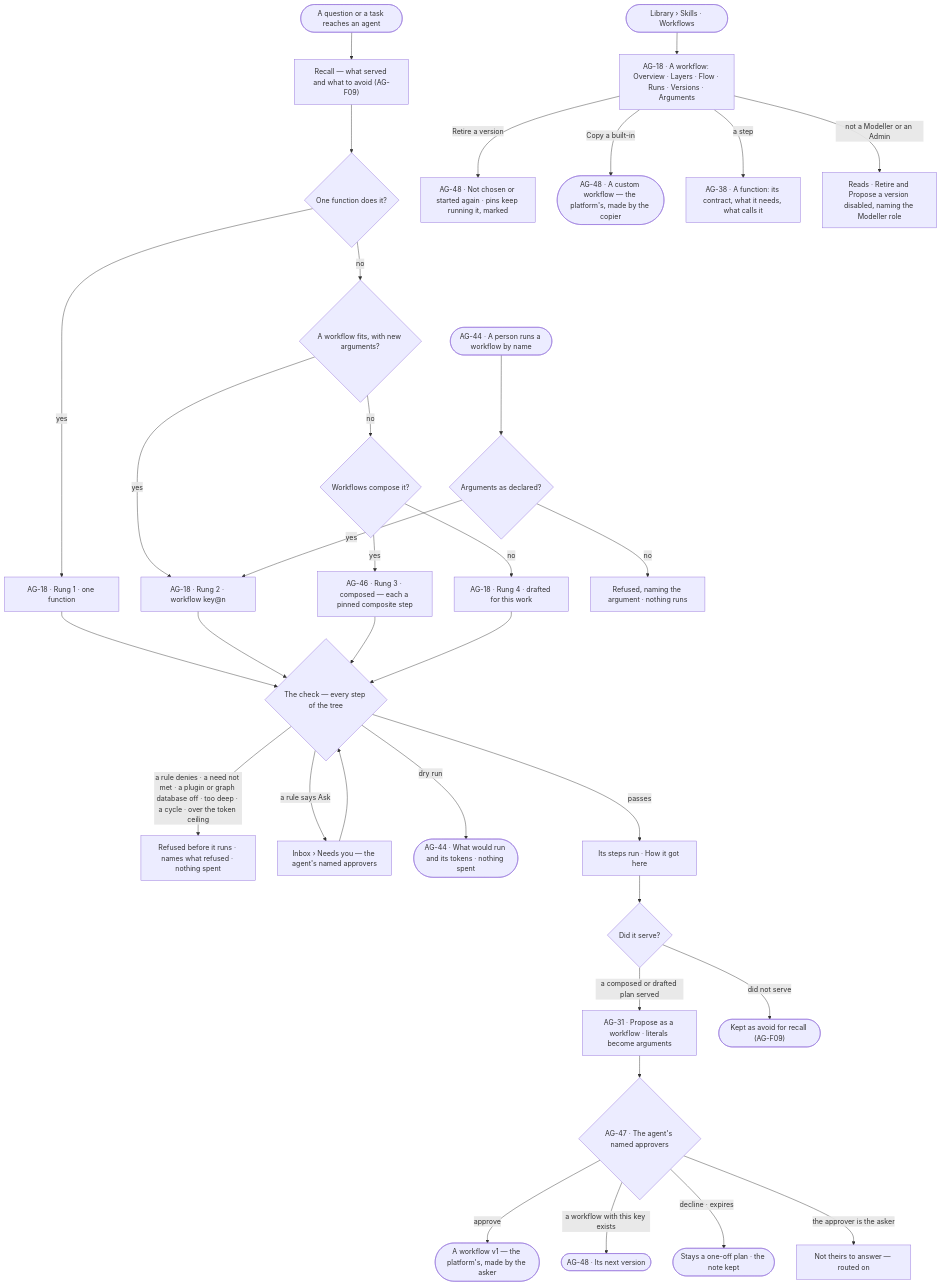
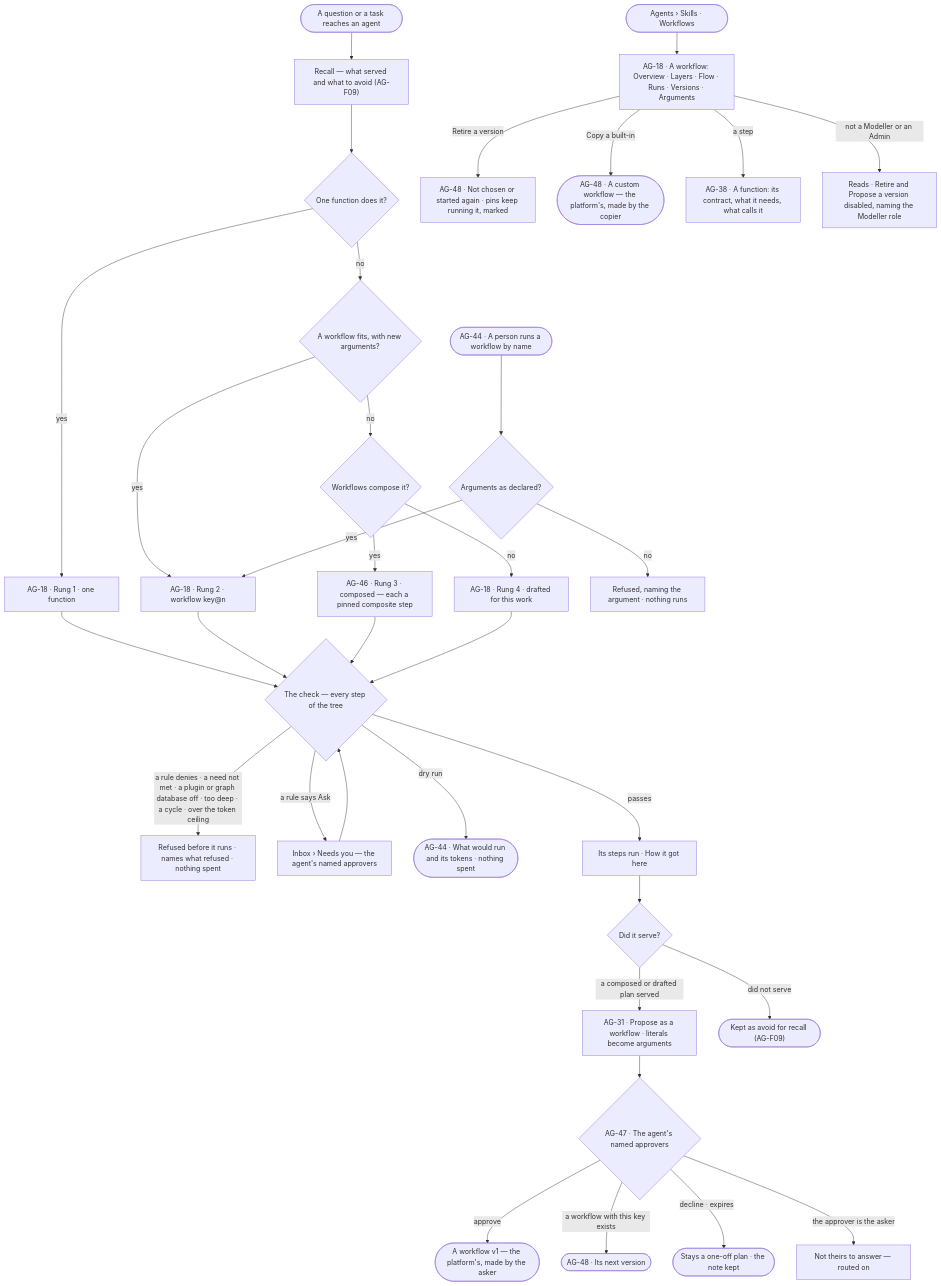
The first of 2 diagrams in specs/capabilities/agents/features/AG-F06-plans-and-workflows/feature.md (invana/invana), drawn with Mermaid before and after one commit. The commit also changed other lines of this file and 106 other files, not shown here.

````diff
--- a/specs/capabilities/agents/features/AG-F06-plans-and-workflows/feature.md
+++ b/specs/capabilities/agents/features/AG-F06-plans-and-workflows/feature.md
@@ -28,35 +28,35 @@
 ```mermaid
 flowchart TD
   ask([A question or a task reaches an agent]) --> rec["Recall — what served and what to avoid (AG-F09)"]
   rec --> l1{"One function does it?"}
   l1 -->|yes| r1["AG-18 · Rung 1 · one function"]
   l1 -->|no| l2{"A workflow fits, with new arguments?"}
   l2 -->|yes| r2["AG-18 · Rung 2 · workflow key@n"]
   l2 -->|no| l3{"Workflows compose it?"}
   l3 -->|yes| r3["AG-46 · Rung 3 · composed — each a pinned composite step"]
   l3 -->|no| r4["AG-18 · Rung 4 · drafted for this work"]
   hand([AG-44 · A person runs a workflow by name]) --> args{"Arguments as declared?"}
   args -->|no| argx["Refused, naming the argument · nothing runs"]
   args -->|yes| r2
   r1 --> check
   r2 --> check
   r3 --> check
   r4 --> check{"The check — every step of the tree"}
   check -->|a rule denies · a need not met · a plugin or graph database off · too deep · a cycle · over the token ceiling| ref["Refused before it runs · names what refused · nothing spent"]
   check -->|a rule says Ask| askq["Inbox › Needs you — the agent's named approvers"] --> check
   check -->|dry run| dry(["AG-44 · What would run and its tokens · nothing spent"])
   check -->|passes| run["Its steps run · How it got here"]
   run --> verify{"Did it serve?"}
   verify -->|a composed or drafted plan served| prop["AG-31 · Propose as a workflow · literals become arguments"]
   prop --> appr{"AG-47 · The agent's named approvers"}
   appr -->|approve| wf(["A workflow v1 — the platform's, made by the asker"])
   appr -->|a workflow with this key exists| nv(["AG-48 · Its next version"])
   appr -->|decline · expires| dc(["Stays a one-off plan · the note kept"])
   appr -->|the approver is the asker| self["Not theirs to answer — routed on"]
   verify -->|did not serve| avoid(["Kept as avoid for recall (AG-F09)"])
-  lib([Library › Skills · Workflows]) --> page["AG-18 · A workflow: Overview · Layers · Flow · Runs · Versions · Arguments"]
+  lib([Agents › Skills · Workflows]) --> page["AG-18 · A workflow: Overview · Layers · Flow · Runs · Versions · Arguments"]
   page -->|Retire a version| ret["AG-48 · Not chosen or started again · pins keep running it, marked"]
   page -->|Copy a built-in| cp(["AG-48 · A custom workflow — the platform's, made by the copier"])
   page -->|a step| fn["AG-38 · A function: its contract, what it needs, what calls it"]
   page -->|not a Modeller or an Admin| ro["Reads · Retire and Propose a version disabled, naming the Modeller role"]
 ```
````
